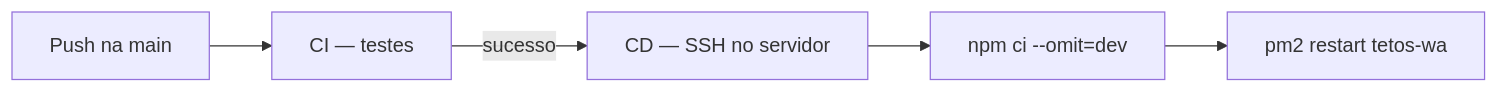
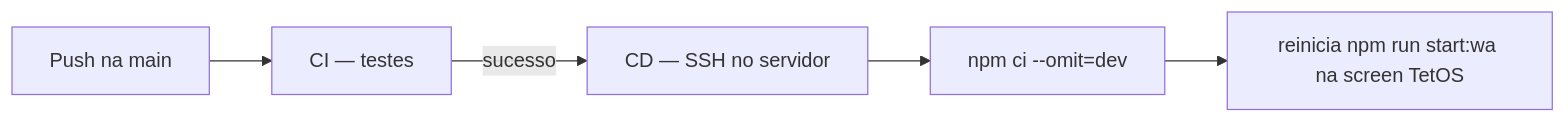
The diagram in docs/DEPLOY_WA.md (saygabbis/TetOS), drawn with Mermaid before and after one commit. The commit also changed other lines of this file and 2 other files, not shown here.

First line of the commit message:
Update deployment process for WhatsApp runner to use GNU screen instead of PM2

````diff
--- a/docs/DEPLOY_WA.md
+++ b/docs/DEPLOY_WA.md
@@ -14,7 +16,7 @@
 ```mermaid
 flowchart LR
   A[Push na main] --> B[CI — testes]
   B -->|sucesso| C[CD — SSH no servidor]
   C --> D[npm ci --omit=dev]
-  D --> E[pm2 restart tetos-wa]
+  D --> E[reinicia npm run start:wa na screen TetOS]
 ```
````
